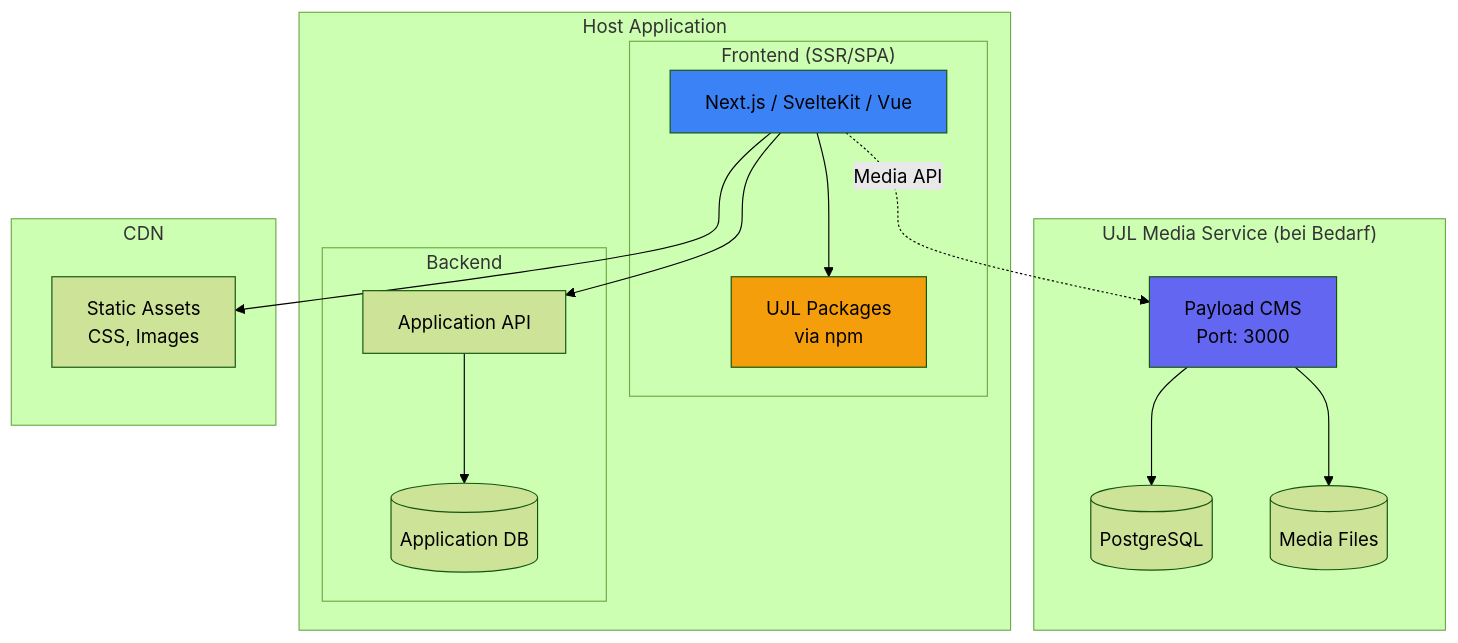
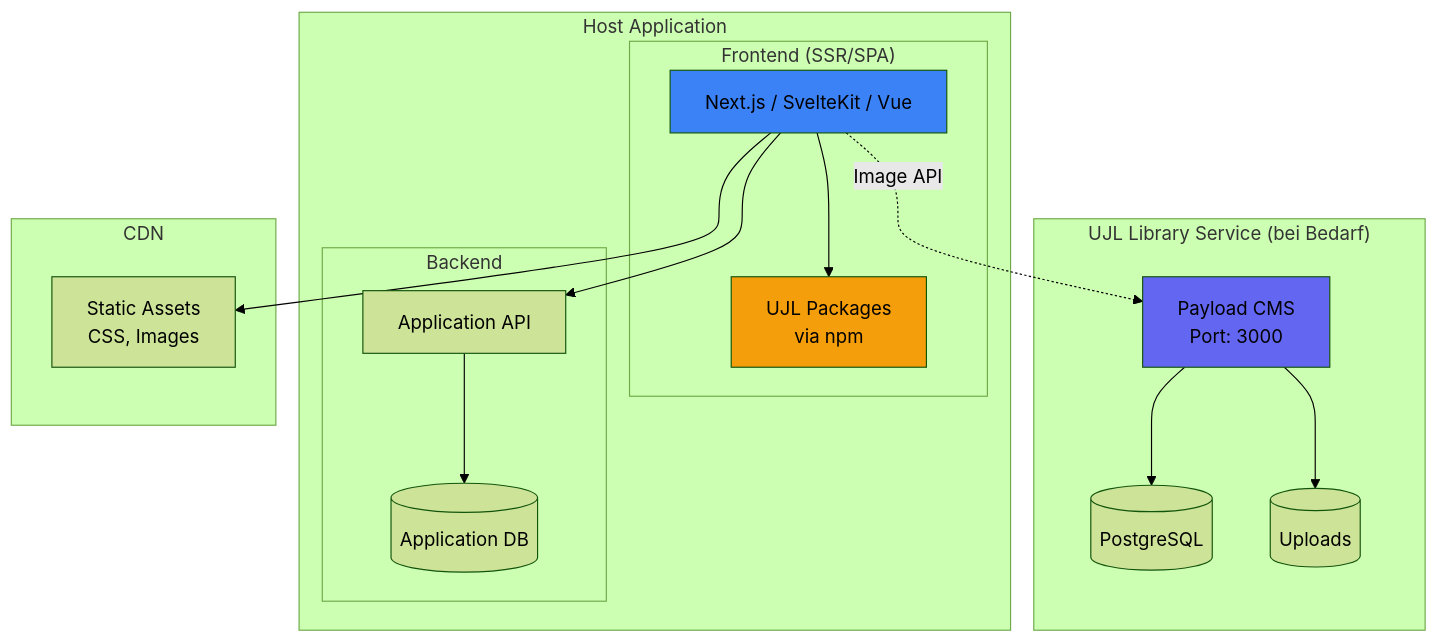
Before and after one commit to mainzcript/ujl: the seventh of 12 diagrams in apps/docs/src/arc42/07-deployment-view.md, drawn with Mermaid (forest theme). The commit also changed other lines of this file and 21 other files, not shown here.

Commit message:
refactor: update documentation to rename media terminology to image, clarify storage modes, and enhance consistency across architecture sections, including examples and API references

````diff
--- a/apps/docs/src/arc42/07-deployment-view.md
+++ b/apps/docs/src/arc42/07-deployment-view.md
@@ -441,36 +441,36 @@
 ```mermaid
 graph TB
     subgraph "Host Application"
         subgraph "Frontend (SSR/SPA)"
             App[Next.js / SvelteKit / Vue]
             UJLPackages[UJL Packages<br/>via npm]
         end
 
         subgraph "Backend"
             API[Application API]
             DB[(Application DB)]
         end
     end
 
-    subgraph "UJL Media Service (bei Bedarf)"
-        MediaAPI[Payload CMS<br/>Port: 3000]
-        MediaDB[(PostgreSQL)]
-        MediaFiles[(Media Files)]
+    subgraph "UJL Library Service (bei Bedarf)"
+        LibraryAPI[Payload CMS<br/>Port: 3000]
+        LibraryDB[(PostgreSQL)]
+        Uploads[(Uploads)]
     end
 
     subgraph "CDN"
         StaticAssets[Static Assets<br/>CSS, Images]
     end
 
     App --> UJLPackages
     App --> API
     API --> DB
-    App -.->|Media API| MediaAPI
-    MediaAPI --> MediaDB
-    MediaAPI --> MediaFiles
+    App -.->|Image API| LibraryAPI
+    LibraryAPI --> LibraryDB
+    LibraryAPI --> Uploads
     App --> StaticAssets
 
     style App fill:#3b82f6
     style UJLPackages fill:#f59e0b
-    style MediaAPI fill:#6366f1
+    style LibraryAPI fill:#6366f1
 ```
````
